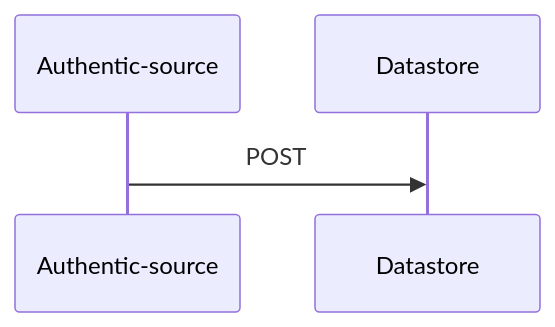
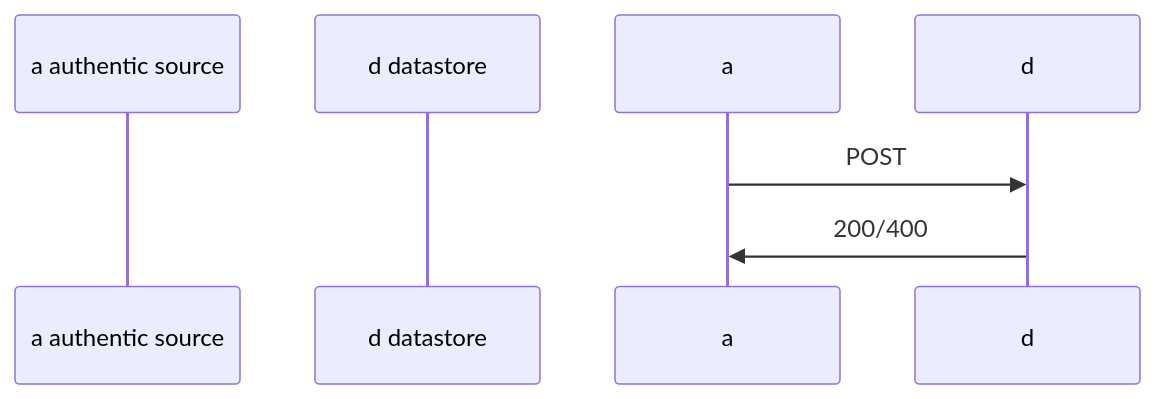
Before and after one commit to dc4eu/vc: the first of 8 diagrams in standards/apiv21.md, drawn with Mermaid. The commit also changed other lines of this file, not shown here.

Commit message:
Add aliases in mermaid.

````diff
--- a/standards/apiv21.md
+++ b/standards/apiv21.md
@@ -11,4 +11,7 @@
 ```mermaid
 sequenceDiagram;
-    Authentic-source->>Datastore: POST;
+    participant a authentic source
+    participant d datastore
+    a->>d: POST;
+    d->>a: 200/400;
 ```
````
